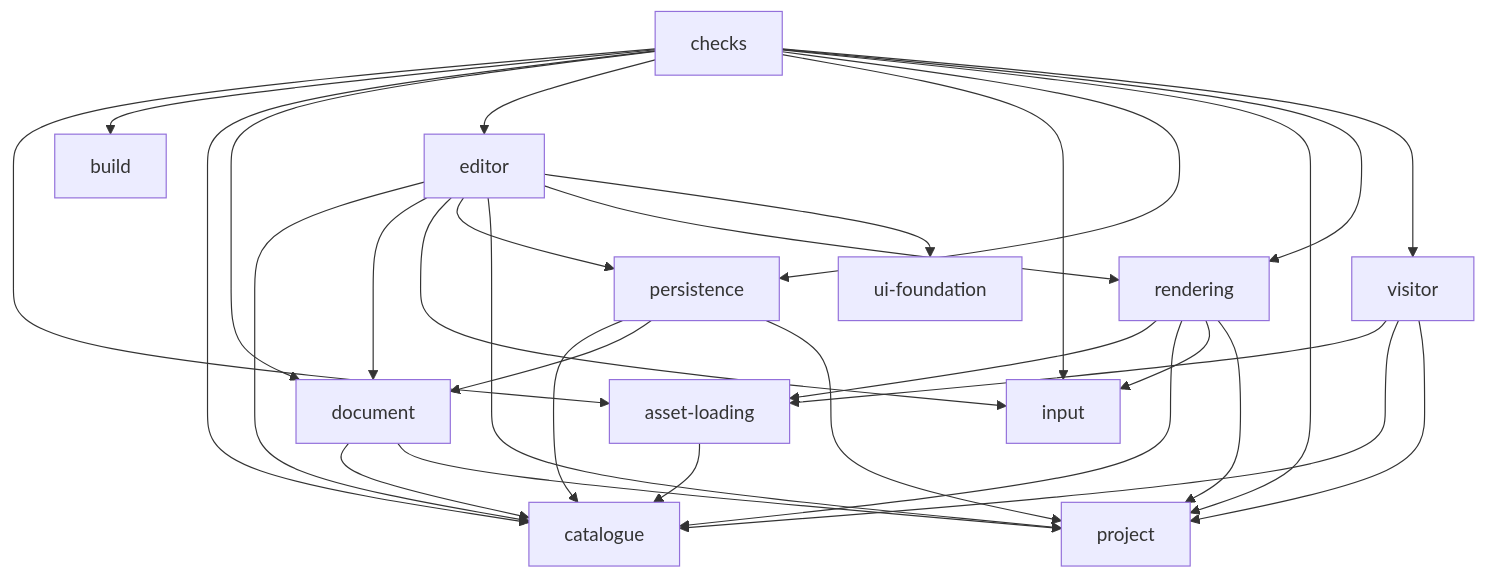
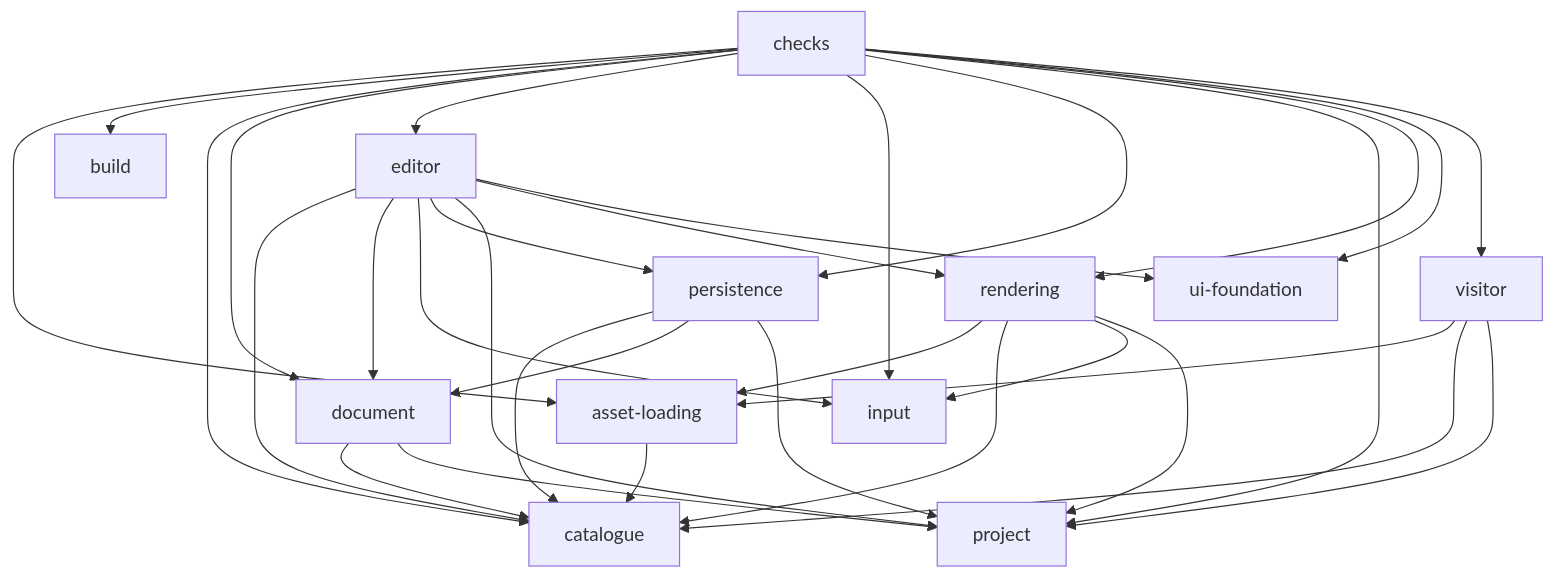
Before and after one commit to Team-Meshworks/gam300: the diagram in docs/architecture-graph.md, drawn with Mermaid. The commit also changed 86 other files, not shown here.

````diff
--- a/docs/architecture-graph.md
+++ b/docs/architecture-graph.md
@@ -8,45 +8,46 @@
 ```mermaid
 graph TD
   visitor["visitor"]
   project["project"]
   catalogue["catalogue"]
   asset-loading["asset-loading"]
   input["input"]
   document["document"]
   rendering["rendering"]
   persistence["persistence"]
   ui-foundation["ui-foundation"]
   editor["editor"]
   build["build"]
   checks["checks"]
   visitor --> asset-loading
   visitor --> catalogue
   visitor --> project
   asset-loading --> catalogue
   document --> catalogue
   document --> project
   rendering --> asset-loading
   rendering --> catalogue
   rendering --> input
   rendering --> project
   persistence --> catalogue
   persistence --> document
   persistence --> project
   editor --> catalogue
   editor --> document
   editor --> input
   editor --> persistence
   editor --> project
   editor --> rendering
   editor --> ui-foundation
   checks --> asset-loading
   checks --> build
   checks --> catalogue
   checks --> document
   checks --> editor
   checks --> input
   checks --> persistence
   checks --> project
   checks --> rendering
+  checks --> ui-foundation
   checks --> visitor
 ```
````
